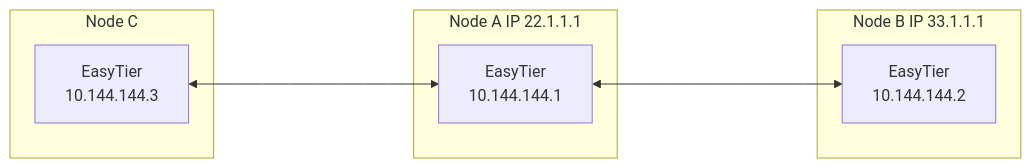
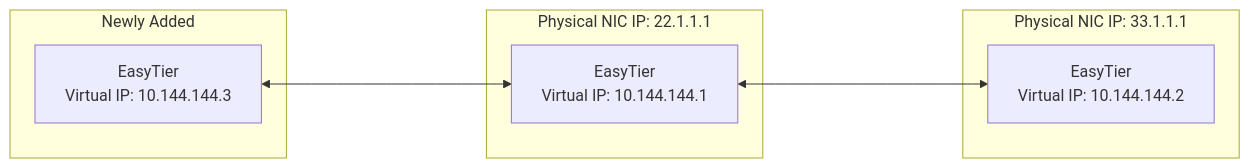
One commit to EasyTier/easytier.github.io changed the second of 2 diagrams in en/guide/network/decentralized-networking.md. Above: the diagram before and after it, drawn with Mermaid. The commit also changed other lines of this file and 36 other files, not shown here.

````diff
--- a/en/guide/network/decentralized-networking.md
+++ b/en/guide/network/decentralized-networking.md
@@ -46,21 +65,14 @@
 ```mermaid
-
 flowchart LR
-
-subgraph Node A IP 22.1.1.1
-nodeA[EasyTier<br/>10.144.144.1]
+subgraph Node A [Physical NIC IP: 22.1.1.1]
+  nodeA[EasyTier<br/>Virtual IP: 10.144.144.1]
 end
-
-subgraph Node C
-nodeC[EasyTier<br/>10.144.144.3]
+subgraph Node C [Newly Added]
+  nodeC[EasyTier<br/>Virtual IP: 10.144.144.3]
 end
-
-subgraph Node B IP 33.1.1.1
-nodeB[EasyTier</br>10.144.144.2]
+subgraph Node B [Physical NIC IP: 33.1.1.1]
+  nodeB[EasyTier<br/>Virtual IP: 10.144.144.2]
 end
-
 nodeA <-----> nodeB
-
 nodeC <-----> nodeA
-
 ```
````
